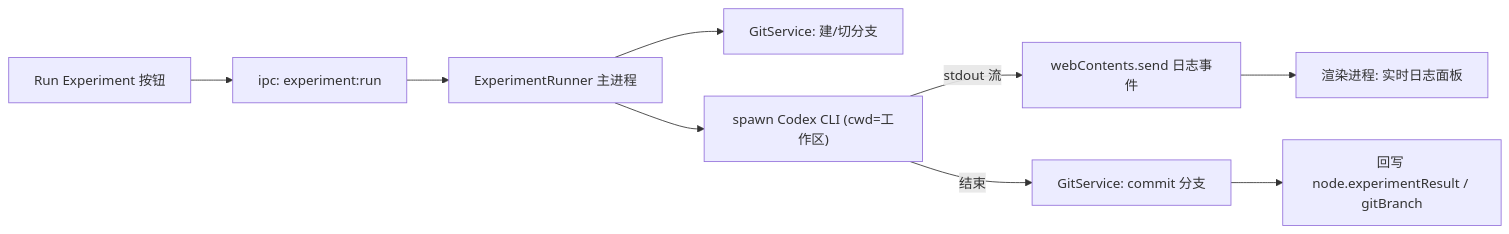
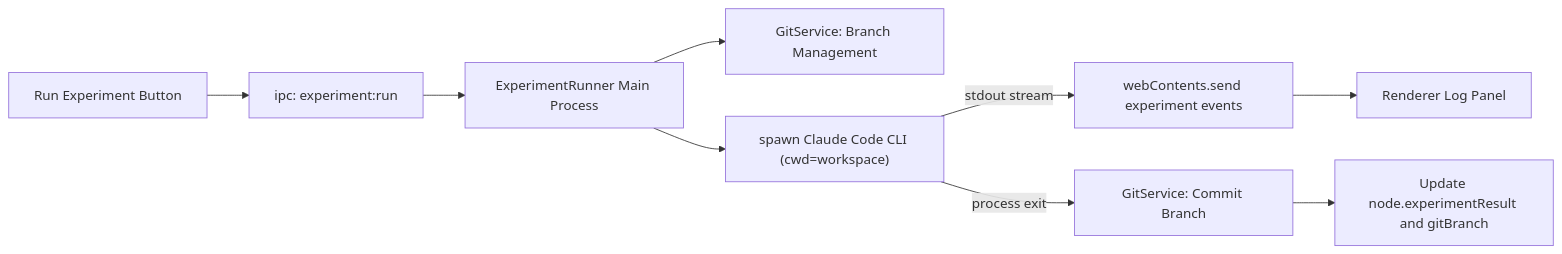
One commit to HuXiao-THU/AI-Scientist-Formulation changed the diagram in .cursor/plans/ist_自动化实验_mvp_08b7ca03.plan.md. Above: the diagram before and after it, drawn with Mermaid. The commit also changed other lines of this file and 345 other files, not shown here.

````diff
--- a/.cursor/plans/ist_自动化实验_mvp_08b7ca03.plan.md
+++ b/.cursor/plans/ist_自动化实验_mvp_08b7ca03.plan.md
@@ -49,11 +57,11 @@
 ```mermaid
 graph LR
-  Btn["Run Experiment 按钮"] --> IPC["ipc: experiment:run"]
-  IPC --> Runner["ExperimentRunner 主进程"]
-  Runner --> Git["GitService: 建/切分支"]
-  Runner --> Spawn["spawn Codex CLI (cwd=工作区)"]
-  Spawn -->|"stdout 流"| Stream["webContents.send 日志事件"]
-  Stream --> Panel["渲染进程: 实时日志面板"]
-  Spawn -->|"结束"| Commit["GitService: commit 分支"]
-  Commit --> Result["回写 node.experimentResult / gitBranch"]
+  Btn["Run Experiment Button"] --> IPC["ipc: experiment:run"]
+  IPC --> Runner["ExperimentRunner Main Process"]
+  Runner --> Git["GitService: Branch Management"]
+  Runner --> Spawn["spawn Claude Code CLI (cwd=workspace)"]
+  Spawn -->|"stdout stream"| Stream["webContents.send experiment events"]
+  Stream --> Panel["Renderer Log Panel"]
+  Spawn -->|"process exit"| Commit["GitService: Commit Branch"]
+  Commit --> Result["Update node.experimentResult and gitBranch"]
 ```
````
